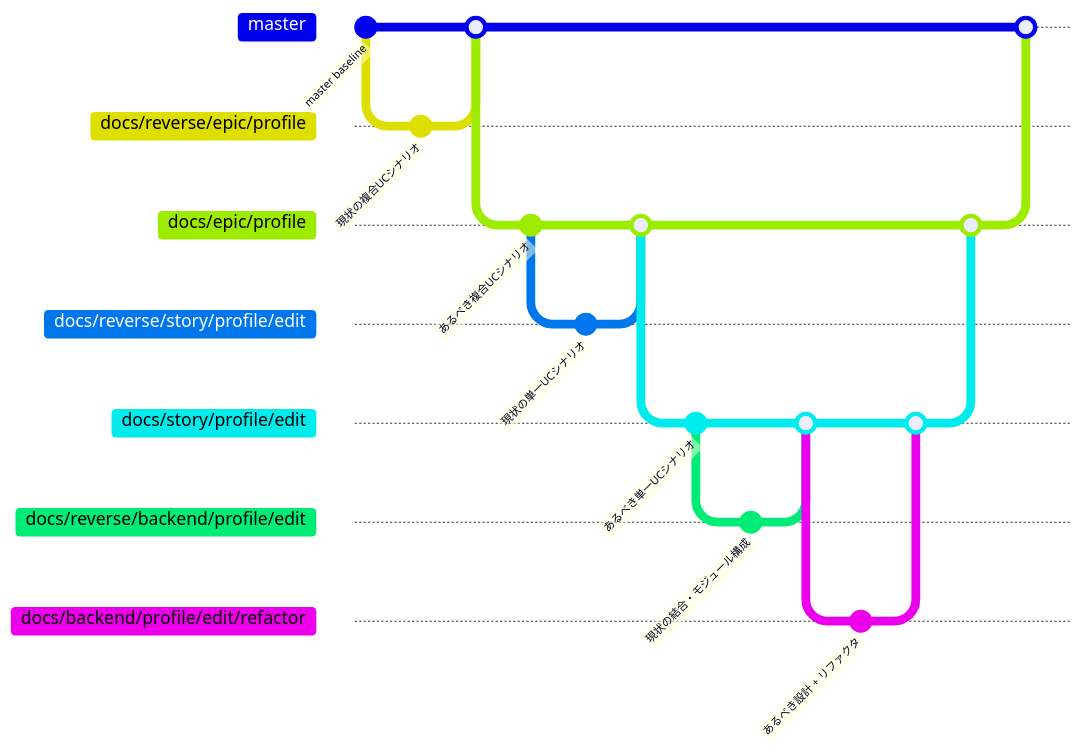
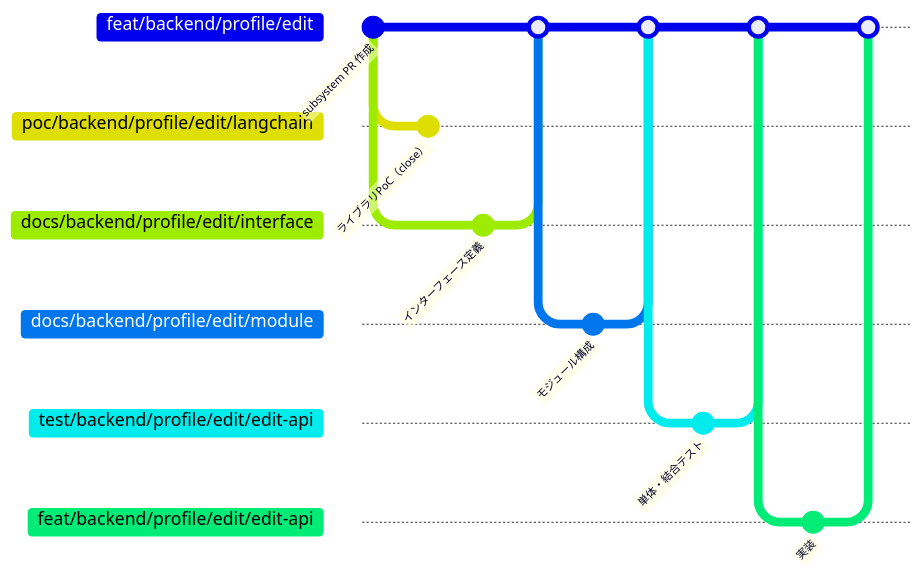
Before and after one commit to shuhei1101/ai-monitor: the fourth of 5 diagrams in docs/wiki/規約/ブランチ戦略.md, drawn with Mermaid. The commit also changed other lines of this file and 256 other files, not shown here.

````diff
--- a/docs/wiki/規約/ブランチ戦略.md
+++ b/docs/wiki/規約/ブランチ戦略.md
@@ -100,47 +275,38 @@
 ```mermaid
 ---
 config:
   gitGraph:
-    mainBranchName: master
+    mainBranchName: feat/backend/profile/edit
 ---
 gitGraph
-    commit id: "master baseline"
+    commit id: "subsystem PR 作成"
 
-    branch docs/reverse/epic/profile
-    checkout docs/reverse/epic/profile
-    commit id: "現状の複合UCシナリオ"
-    checkout master
-    merge docs/reverse/epic/profile
+    branch poc/backend/profile/edit/langchain
+    checkout poc/backend/profile/edit/langchain
+    commit id: "ライブラリPoC（close）"
 
-    branch docs/epic/profile
-    checkout docs/epic/profile
-    commit id: "あるべき複合UCシナリオ"
+    checkout feat/backend/profile/edit
+    branch docs/backend/profile/edit/interface
+    checkout docs/backend/profile/edit/interface
+    commit id: "インターフェース定義"
+    checkout feat/backend/profile/edit
+    merge docs/backend/profile/edit/interface
 
-    branch docs/reverse/story/profile/edit
-    checkout docs/reverse/story/profile/edit
-    commit id: "現状の単一UCシナリオ"
-    checkout docs/epic/profile
-    merge docs/reverse/story/profile/edit
+    branch docs/backend/profile/edit/module
+    checkout docs/backend/profile/edit/module
+    commit id: "モジュール構成"
+    checkout feat/backend/profile/edit
+    merge docs/backend/profile/edit/module
 
-    branch docs/story/profile/edit
-    checkout docs/story/profile/edit
-    commit id: "あるべき単一UCシナリオ"
+    branch test/backend/profile/edit/edit-api
+    checkout test/backend/profile/edit/edit-api
+    commit id: "単体・結合テスト"
+    checkout feat/backend/profile/edit
+    merge test/backend/profile/edit/edit-api
 
-    branch docs/reverse/backend/profile/edit
-    checkout docs/reverse/backend/profile/edit
-    commit id: "現状の結合・モジュール構成"
-    checkout docs/story/profile/edit
-    merge docs/reverse/backend/profile/edit
-
-    branch docs/backend/profile/edit/refactor
-    checkout docs/backend/profile/edit/refactor
-    commit id: "あるべき設計 + リファクタ"
-    checkout docs/story/profile/edit
-    merge docs/backend/profile/edit/refactor
-
-    checkout docs/epic/profile
-    merge docs/story/profile/edit
-
-    checkout master
-    merge docs/epic/profile
+    branch feat/backend/profile/edit/edit-api
+    checkout feat/backend/profile/edit/edit-api
+    commit id: "実装"
+    checkout feat/backend/profile/edit
+    merge feat/backend/profile/edit/edit-api
 ```
````
